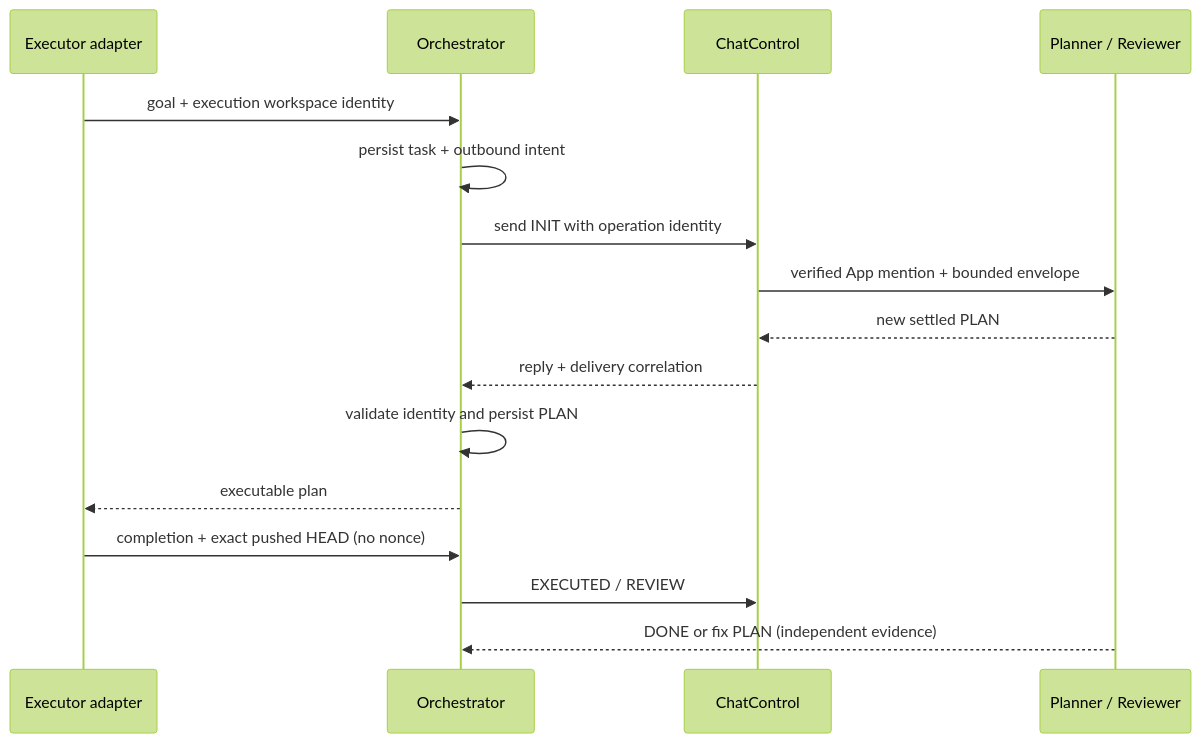
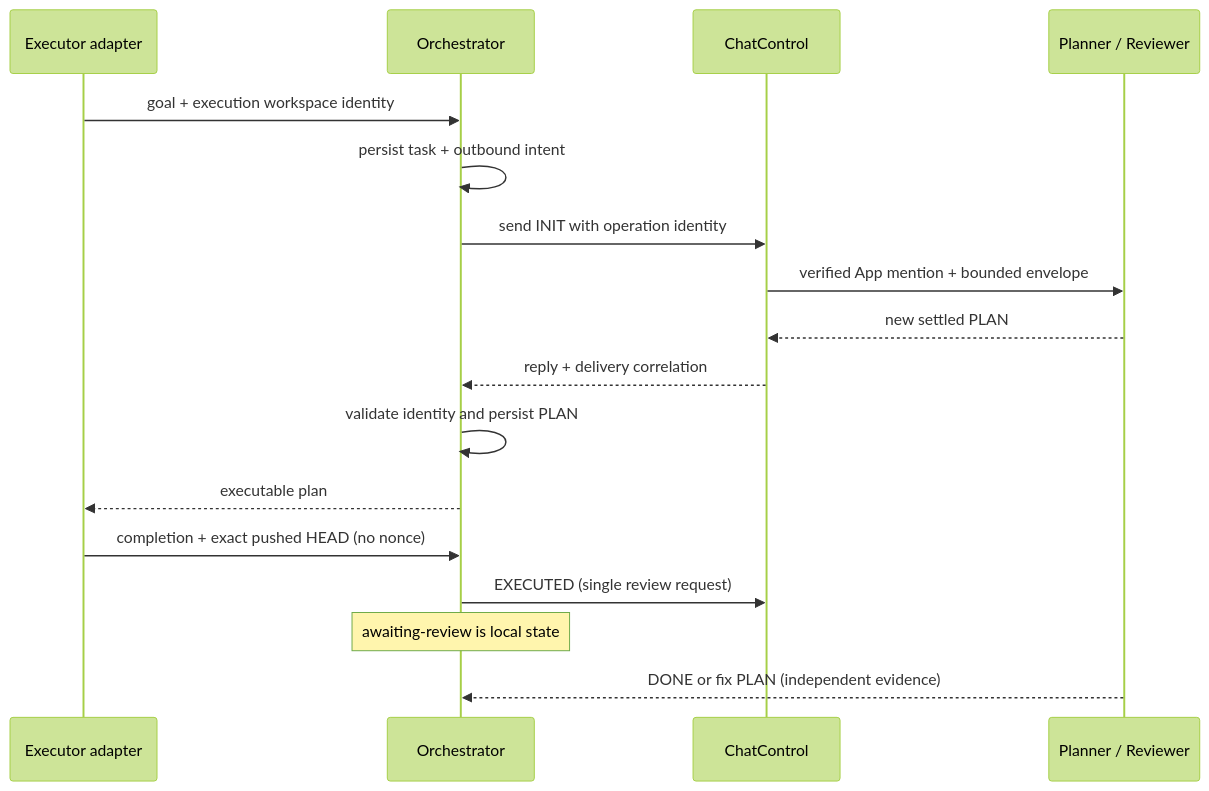
Before and after one commit to jingchangshi/DSHWithChatGPT: the third of 5 diagrams in docs/target-architecture.md, drawn with Mermaid (forest theme). The commit also changed other lines of this file and 5 other files, not shown here.

Commit message:
docs(architecture): resolve review identity and migration ownership

````diff
--- a/docs/target-architecture.md
+++ b/docs/target-architecture.md
@@ -53,18 +53,19 @@
 ```mermaid
 sequenceDiagram
   participant E as Executor adapter
   participant O as Orchestrator
   participant S as ChatControl
   participant P as Planner / Reviewer
   E->>O: goal + execution workspace identity
   O->>O: persist task + outbound intent
   O->>S: send INIT with operation identity
   S->>P: verified App mention + bounded envelope
   P-->>S: new settled PLAN
   S-->>O: reply + delivery correlation
   O->>O: validate identity and persist PLAN
   O-->>E: executable plan
   E->>O: completion + exact pushed HEAD (no nonce)
-  O->>S: EXECUTED / REVIEW
+  O->>S: EXECUTED (single review request)
+  Note over O: awaiting-review is local state
   P-->>O: DONE or fix PLAN (independent evidence)
 ```
````
